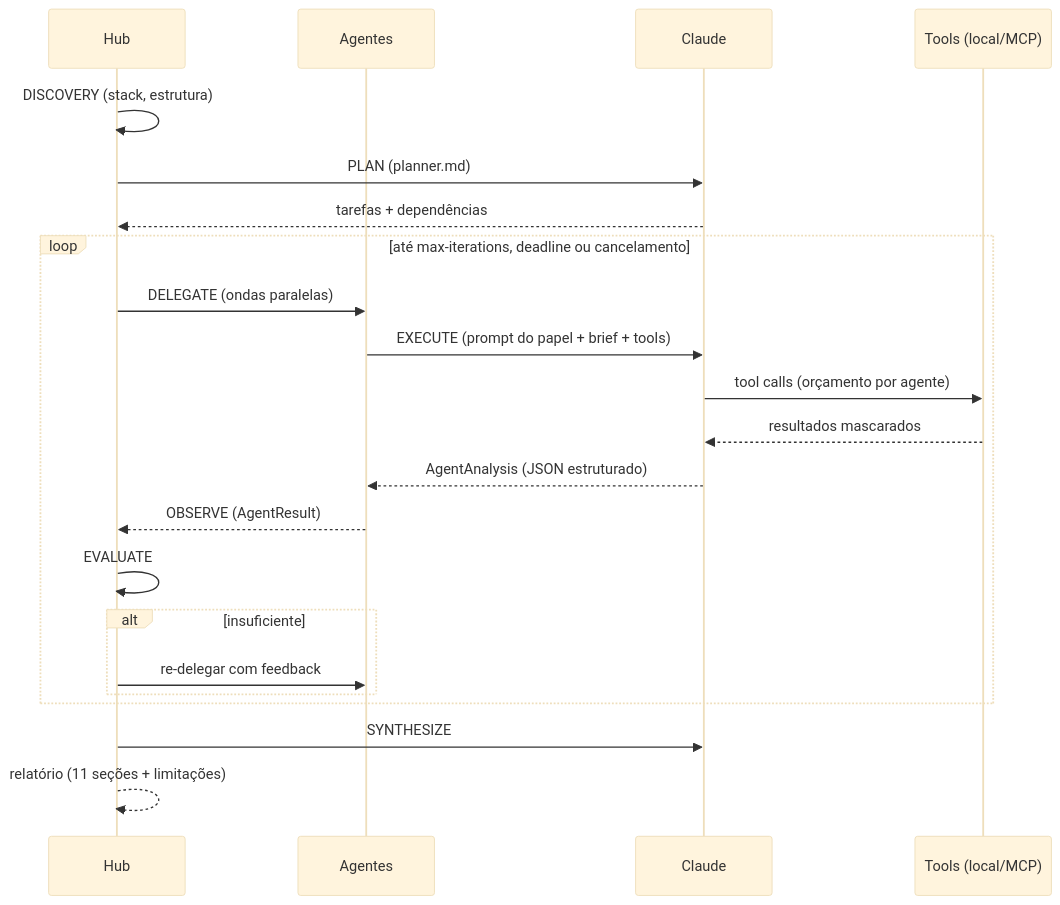
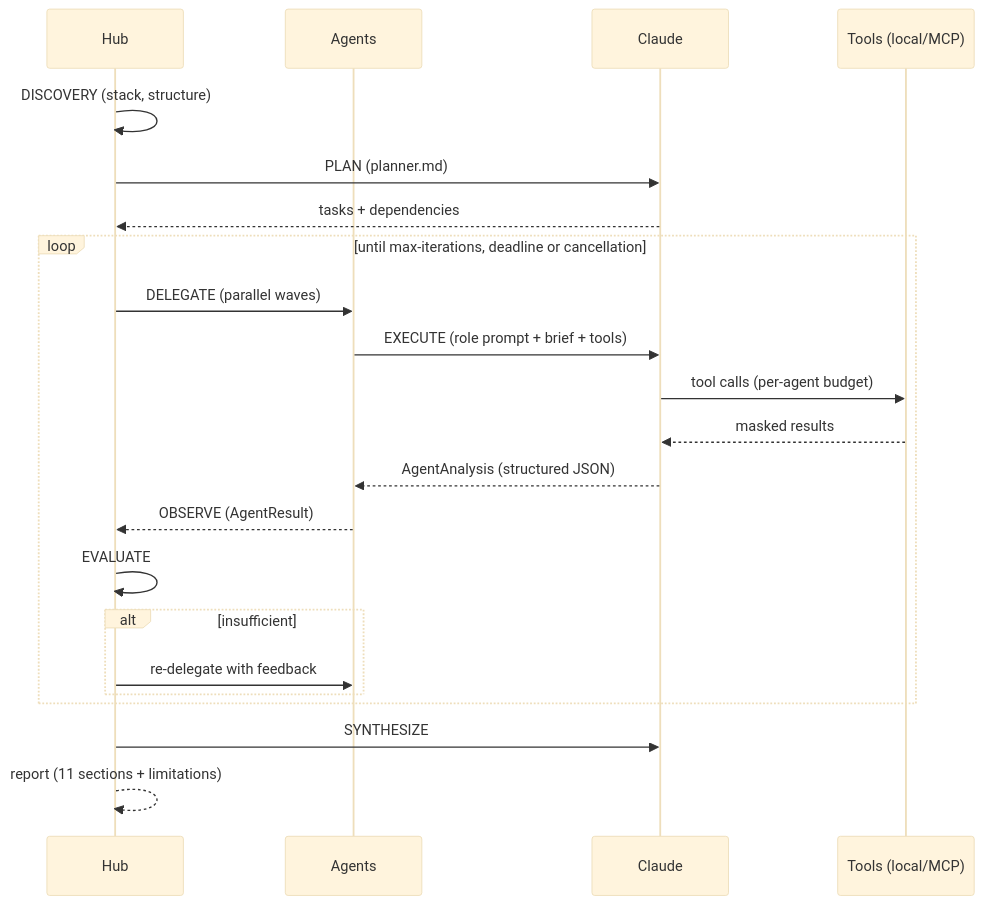
One commit to hamdenvogel/agenthub changed the second of 2 diagrams in README.md. Above: the diagram before and after it, drawn with Mermaid (base theme). The commit also changed other lines of this file, not shown here.

````diff
--- a/README.md
+++ b/README.md
@@ -72,25 +73,25 @@
 ```mermaid
 sequenceDiagram
     participant H as Hub
-    participant A as Agentes
+    participant A as Agents
     participant C as Claude
     participant T as Tools (local/MCP)
 
-    H->>H: DISCOVERY (stack, estrutura)
+    H->>H: DISCOVERY (stack, structure)
     H->>C: PLAN (planner.md)
-    C-->>H: tarefas + dependências
-    loop até max-iterations, deadline ou cancelamento
-        H->>A: DELEGATE (ondas paralelas)
-        A->>C: EXECUTE (prompt do papel + brief + tools)
-        C->>T: tool calls (orçamento por agente)
-        T-->>C: resultados mascarados
-        C-->>A: AgentAnalysis (JSON estruturado)
+    C-->>H: tasks + dependencies
+    loop until max-iterations, deadline or cancellation
+        H->>A: DELEGATE (parallel waves)
+        A->>C: EXECUTE (role prompt + brief + tools)
+        C->>T: tool calls (per-agent budget)
+        T-->>C: masked results
+        C-->>A: AgentAnalysis (structured JSON)
         A-->>H: OBSERVE (AgentResult)
         H->>H: EVALUATE
-        alt insuficiente
-            H->>A: re-delegar com feedback
+        alt insufficient
+            H->>A: re-delegate with feedback
         end
     end
     H->>C: SYNTHESIZE
-    H-->>H: relatório (11 seções + limitações)
+    H-->>H: report (11 sections + limitations)
 ```
````
